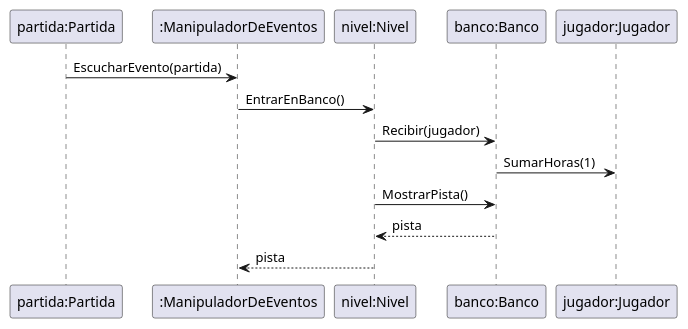
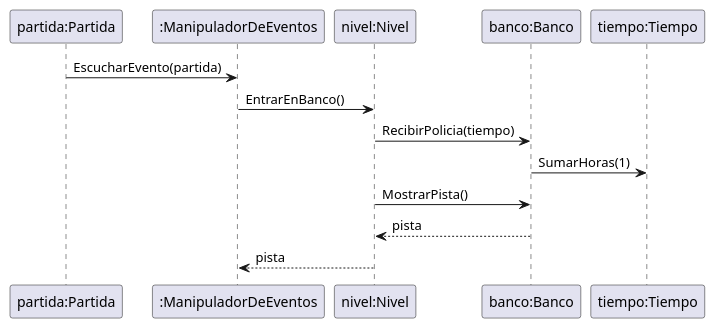
The diagram in diagrams/sequences/ds_detective_visita_banco_primera_vez.puml (arilow/Algo3_TP2), drawn with PlantUML before and after one commit. The commit also changed 3 other files, not shown here.

```diff
--- a/diagrams/sequences/ds_detective_visita_banco_primera_vez.puml
+++ b/diagrams/sequences/ds_detective_visita_banco_primera_vez.puml
@@ -1,19 +1,19 @@
 @startuml
 'https://plantuml.com/sequence-diagram
 
 participant "partida:Partida" as P
 participant ":ManipuladorDeEventos" as ME
 participant "nivel:Nivel" as N
 participant "banco:Banco" as B
-participant "jugador:Jugador" as JG
+participant "tiempo:Tiempo" as T
 
 P -> ME: EscucharEvento(partida)
 ME -> N: EntrarEnBanco()
-N -> B: Recibir(jugador)
-B -> JG: SumarHoras(1)
+N -> B: RecibirPolicia(tiempo)
+B -> T: SumarHoras(1)
 
 N -> B: MostrarPista()
 N <-- B: pista
 ME <-- N: pista
 
 @enduml
```
